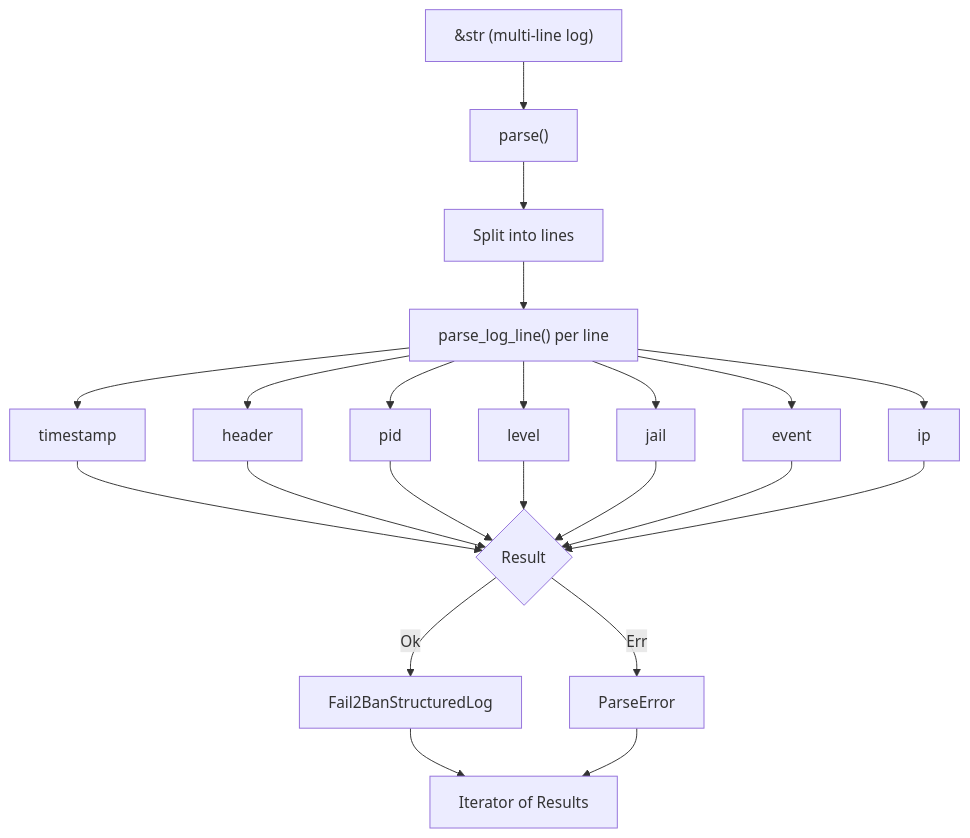
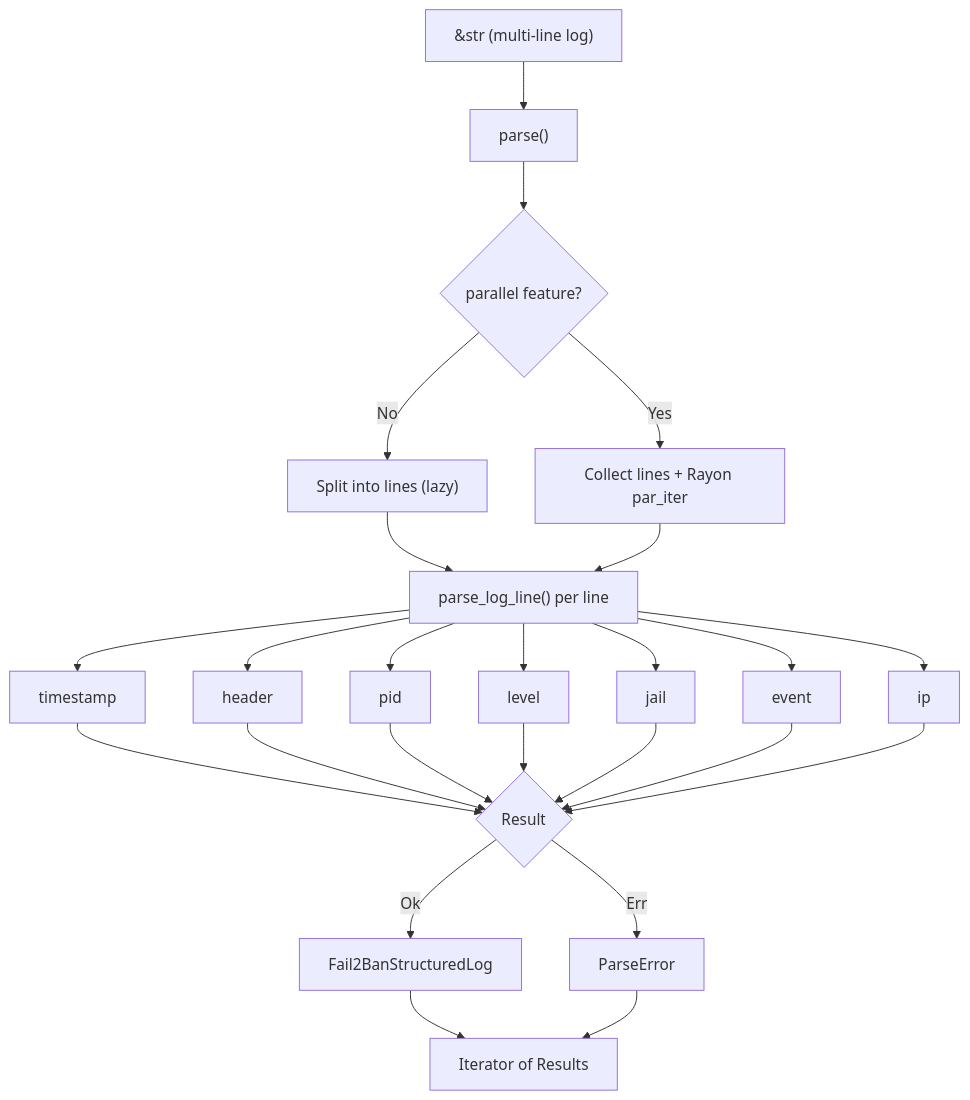
One commit to adrianvillanueva997/fail2ban-log-parser changed the diagram in README.md. Above: the diagram before and after it, drawn with Mermaid. The commit also changed other lines of this file and 5 other files, not shown here.

````diff
--- a/README.md
+++ b/README.md
@@ -109,20 +116,23 @@
 ```mermaid
 flowchart TD
     A["&str (multi-line log)"] --> B["parse()"]
-    B --> C["Split into lines"]
-    C --> D["parse_log_line() per line"]
+    B --> C{parallel feature?}
+    C -->|No| D["Split into lines (lazy)"]
+    C -->|Yes| E["Collect lines + Rayon par_iter"]
+    D --> F["parse_log_line() per line"]
+    E --> F
 
-    D --> T["timestamp"]
-    D --> H["header"]
-    D --> P["pid"]
-    D --> L["level"]
-    D --> J["jail"]
-    D --> E["event"]
-    D --> I["ip"]
+    F --> T["timestamp"]
+    F --> H["header"]
+    F --> P["pid"]
+    F --> L["level"]
+    F --> J["jail"]
+    F --> EV["event"]
+    F --> I["ip"]
 
-    T & H & P & L & J & E & I --> R{Result}
+    T & H & P & L & J & EV & I --> R{Result}
     R -->|Ok| S["Fail2BanStructuredLog"]
-    R -->|Err| F["ParseError"]
+    R -->|Err| ERR["ParseError"]
 
-    S & F --> O["Iterator of Results"]
+    S & ERR --> O["Iterator of Results"]
 ```
````
